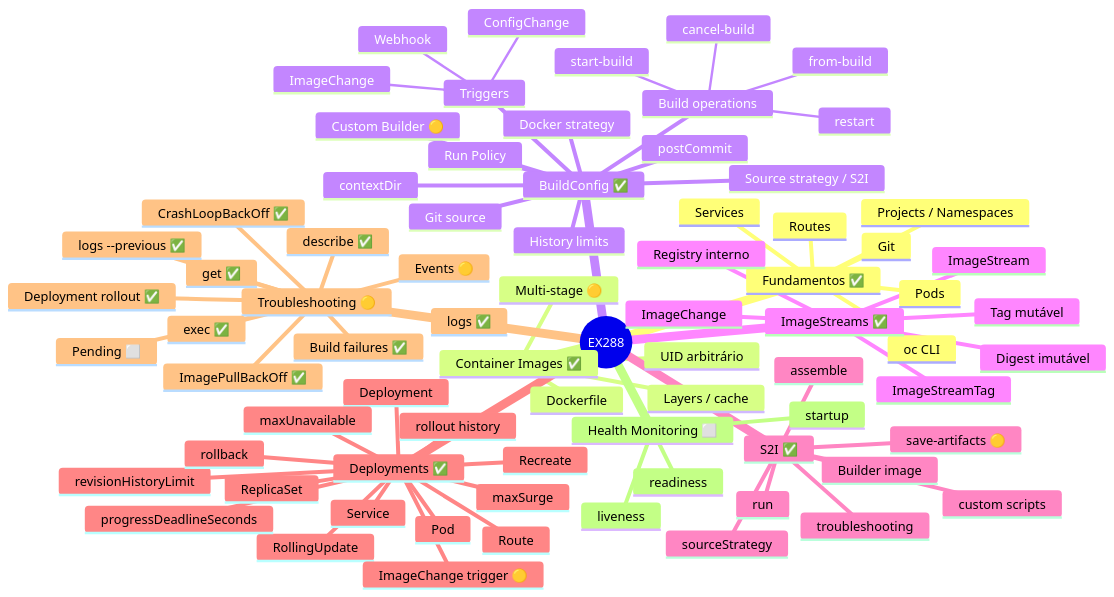
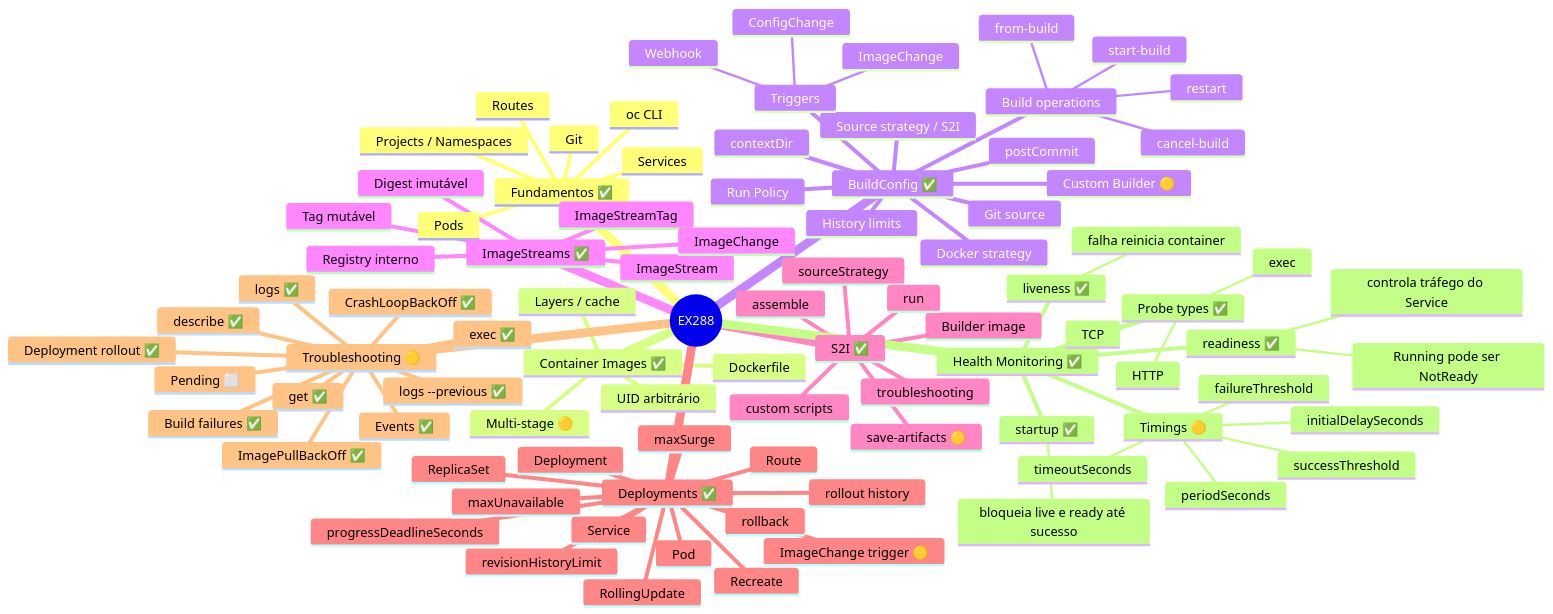
Before and after one commit to fmonticelli/ex288-labs: the second of 11 diagrams in mindmap/README.md, drawn with Mermaid. The commit also changed other lines of this file, not shown here.

Commit message:
docs: add health monitoring map

````diff
--- a/mindmap/README.md
+++ b/mindmap/README.md
@@ -123,10 +123,24 @@
       CrashLoopBackOff ✅
       ImagePullBackOff ✅
       Deployment rollout ✅
-      Events 🟡
+      Events ✅
       Pending ⬜
-    Health Monitoring ⬜
-      readiness
-      liveness
-      startup
+    Health Monitoring ✅
+      readiness ✅
+        Running pode ser NotReady
+        controla tráfego do Service
+      liveness ✅
+        falha reinicia container
+      startup ✅
+        bloqueia live e ready até sucesso
+      Probe types ✅
+        HTTP
+        exec
+        TCP
+      Timings 🟡
+        initialDelaySeconds
+        periodSeconds
+        timeoutSeconds
+        failureThreshold
+        successThreshold
 ```
````
